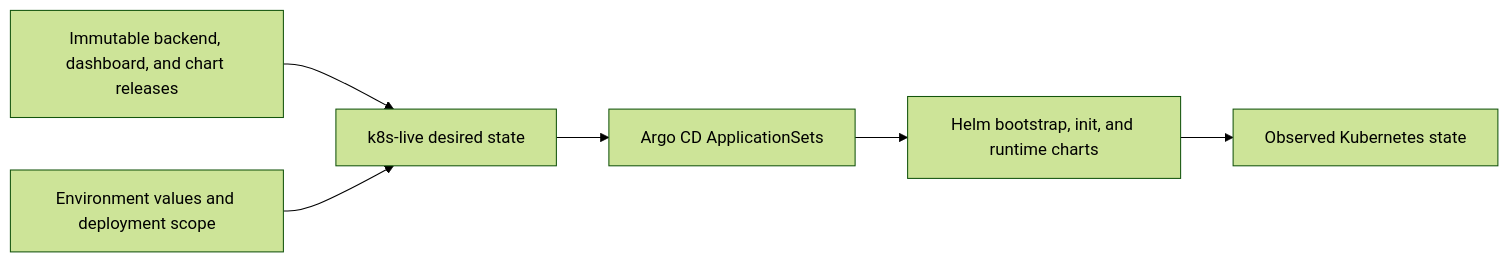
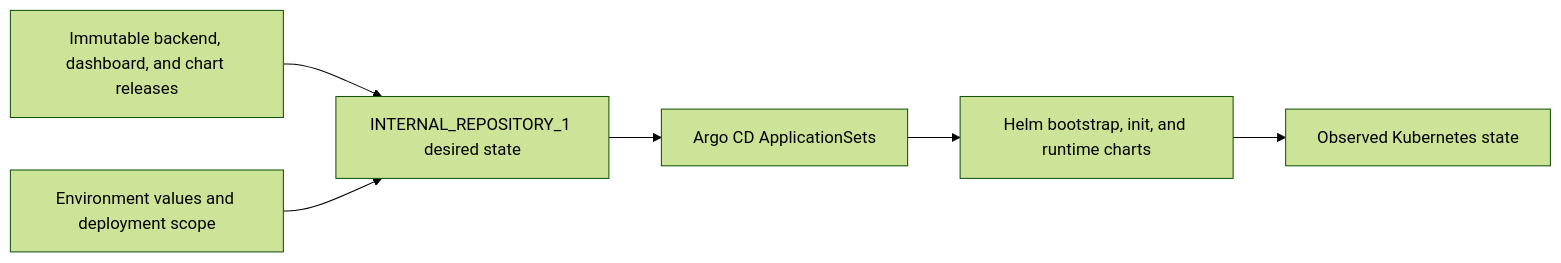
One commit to winrates-gg/wrgg-public-documentation changed the third of 3 diagrams in docs/kubernetes-runtime.md. Above: the diagram before and after it, drawn with Mermaid (forest theme). The commit also changed other lines of this file, not shown here.

````diff
--- a/docs/kubernetes-runtime.md
+++ b/docs/kubernetes-runtime.md
@@ -435,13 +430,13 @@
 ```mermaid
 flowchart LR
     Artifacts[Immutable backend, dashboard, and chart releases]
     Values[Environment values and deployment scope]
-    Live[k8s-live desired state]
+    Live[INTERNAL_REPOSITORY_1 desired state]
     Argo[Argo CD ApplicationSets]
     Helm[Helm bootstrap, init, and runtime charts]
     Cluster[Observed Kubernetes state]
 
     Artifacts --> Live
     Values --> Live
     Live --> Argo --> Helm --> Cluster
 ```
````
